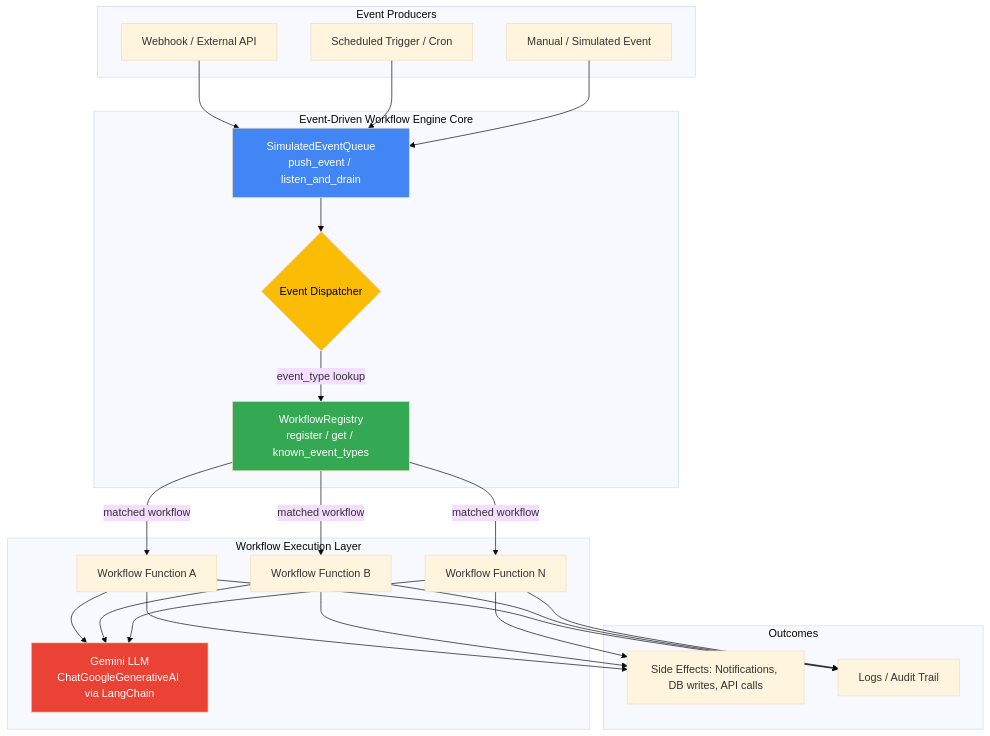
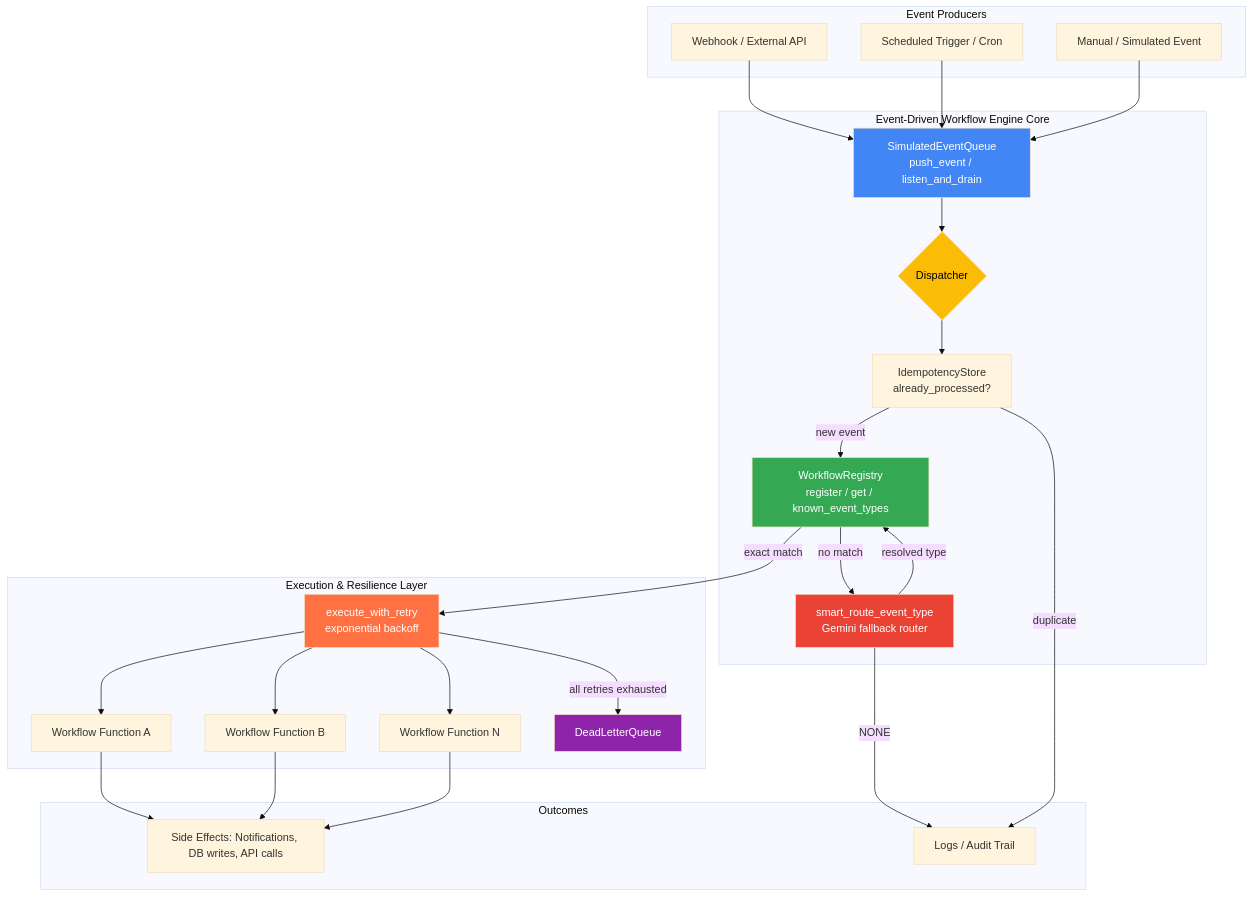
The first of 3 diagrams in README.md (techakash32/Event-Driven-Workflow-Engine), drawn with Mermaid (base theme) before and after one commit. The commit also changed other lines of this file, not shown here.

````diff
--- a/README.md
+++ b/README.md
@@ -73,49 +77,55 @@
 ```mermaid
 graph TD
     subgraph Producers["Event Producers"]
         A1[Webhook / External API]
         A2[Scheduled Trigger / Cron]
         A3[Manual / Simulated Event]
     end
 
     subgraph Core["Event-Driven Workflow Engine Core"]
         B[SimulatedEventQueue<br/>push_event / listen_and_drain]
-        C{Event Dispatcher}
+        C{Dispatcher}
+        I[IdempotencyStore<br/>already_processed?]
         D[WorkflowRegistry<br/>register / get / known_event_types]
+        S[smart_route_event_type<br/>Gemini fallback router]
     end
 
-    subgraph Execution["Workflow Execution Layer"]
+    subgraph Execution["Execution & Resilience Layer"]
         E1[Workflow Function A]
         E2[Workflow Function B]
         E3[Workflow Function N]
-        F[Gemini LLM<br/>ChatGoogleGenerativeAI via LangChain]
+        R[execute_with_retry<br/>exponential backoff]
+        DL[DeadLetterQueue]
     end
 
     subgraph Output["Outcomes"]
         G1[Side Effects: Notifications, DB writes, API calls]
         G2[Logs / Audit Trail]
     end
 
     A1 --> B
     A2 --> B
     A3 --> B
     B --> C
-    C -->|event_type lookup| D
-    D -->|matched workflow| E1
-    D -->|matched workflow| E2
-    D -->|matched workflow| E3
-    E1 --> F
-    E2 --> F
-    E3 --> F
+    C --> I
+    I -- new event --> D
+    I -- duplicate --> G2
+    D -- exact match --> R
+    D -- no match --> S
+    S -- resolved type --> D
+    S -- NONE --> G2
+    R --> E1
+    R --> E2
+    R --> E3
+    R -- all retries exhausted --> DL
     E1 --> G1
     E2 --> G1
     E3 --> G1
-    E1 --> G2
-    E2 --> G2
-    E3 --> G2
 
     style B fill:#4285F4,color:#fff
     style D fill:#34A853,color:#fff
-    style F fill:#EA4335,color:#fff
+    style S fill:#EA4335,color:#fff
     style C fill:#FBBC05,color:#000
+    style R fill:#FF7043,color:#fff
+    style DL fill:#8E24AA,color:#fff
 ```
````
